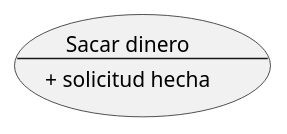
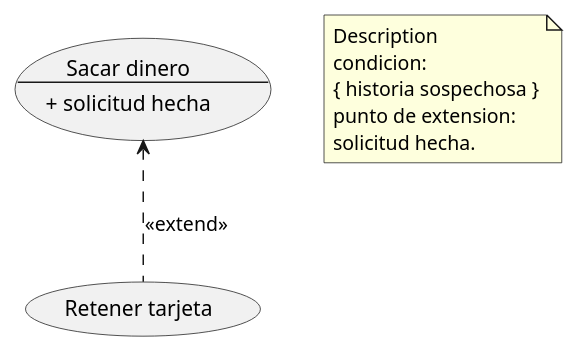
The diagram in CasosDeUso.puml (DaniJorCa/ClasesDeUso), drawn with PlantUML before and after one commit. The commit also changed 1 other file, not shown here.

Commit message:
Fin Puntos de Extension

```diff
--- a/CasosDeUso.puml
+++ b/CasosDeUso.puml
@@ -1,11 +1,17 @@
 @startuml
 
 
 usecase globo as "Sacar dinero
 --
 + solicitud hecha"
 
+Usecase globo2 as "Retener tarjeta"
+
+globo <.. globo2 : <<extend>>
+
+note  "Description  \ncondicion:\n{ historia sospechosa }\npunto de extension:\nsolicitud hecha." as n1
+
 
 
 
 @enduml
```
